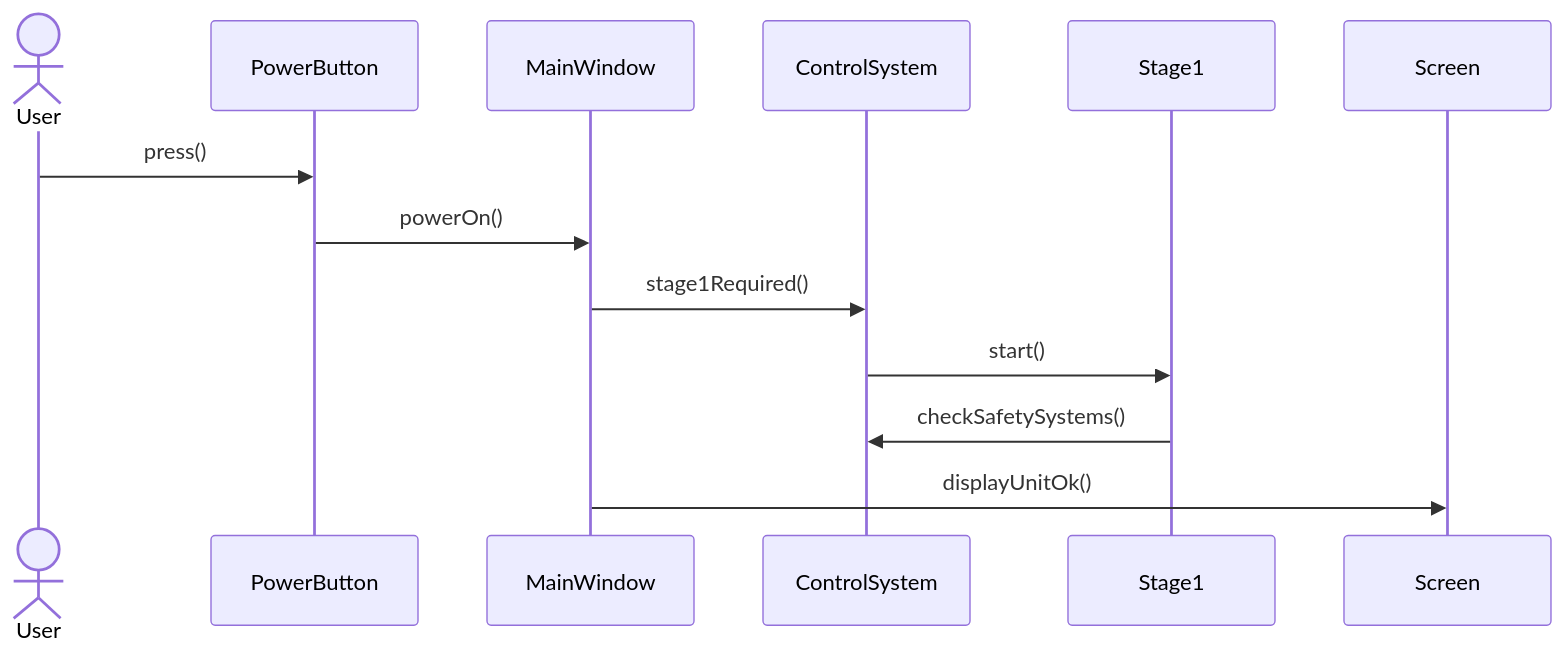
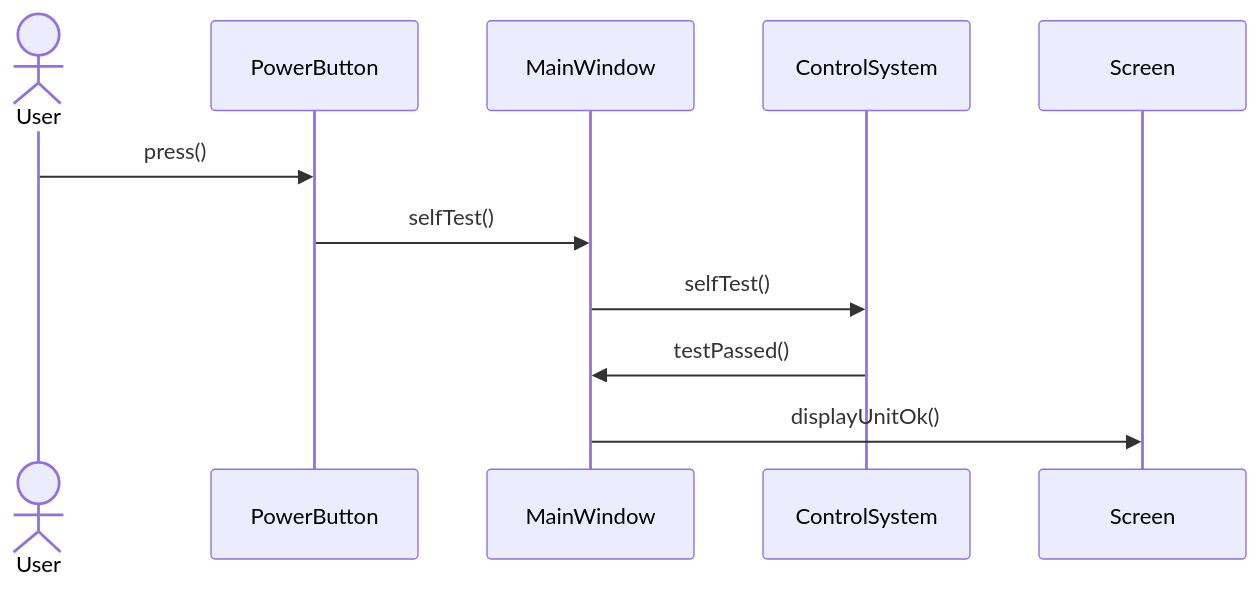
Before and after one commit to SaturnOperator/AED-System: the first of 8 diagrams in README.md, drawn with Mermaid. The commit also changed other lines of this file and 1 other file, not shown here.

First line of the commit message:
Revert "Merge branch 'main' of github.com:SaturnOperator/AED-System"

````diff
--- a/README.md
+++ b/README.md
@@ -36,10 +36,14 @@
 ```mermaid
 sequenceDiagram
 actor User
+participant PowerButton
+participant MainWindow
+participant ControlSystem
+participant Screen
     User->>PowerButton: press()
-    PowerButton->>MainWindow: powerOn()
-    MainWindow->>ControlSystem: stage1Required()
-    ControlSystem->>Stage1: start()
-    Stage1->>ControlSystem: checkSafetySystems()
+    PowerButton->>MainWindow: selfTest()
+    MainWindow->>ControlSystem: selfTest()
+    ControlSystem->>MainWindow: testPassed()
     MainWindow->>Screen: displayUnitOk()
+
 ```
````
